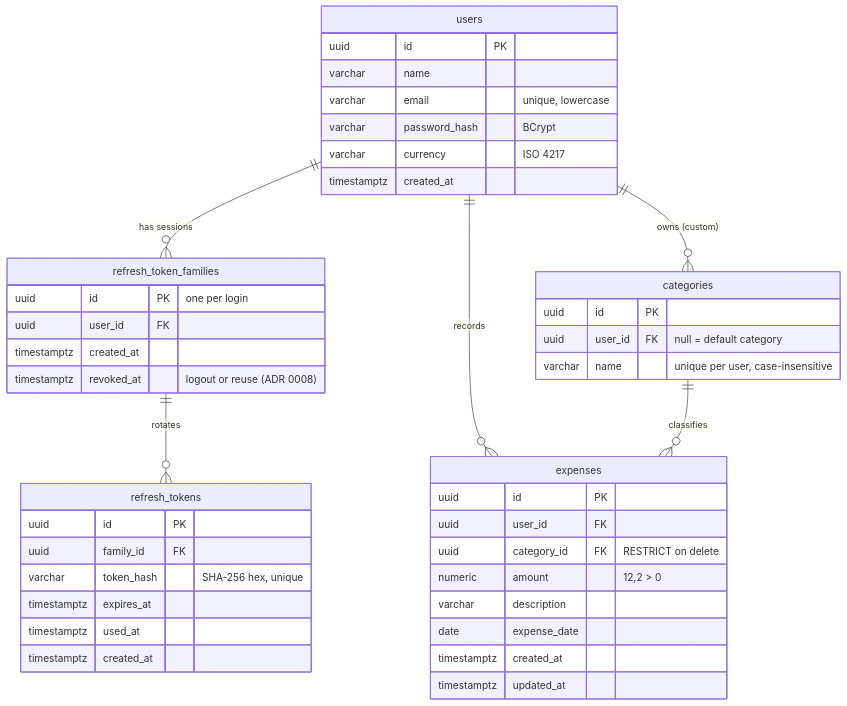
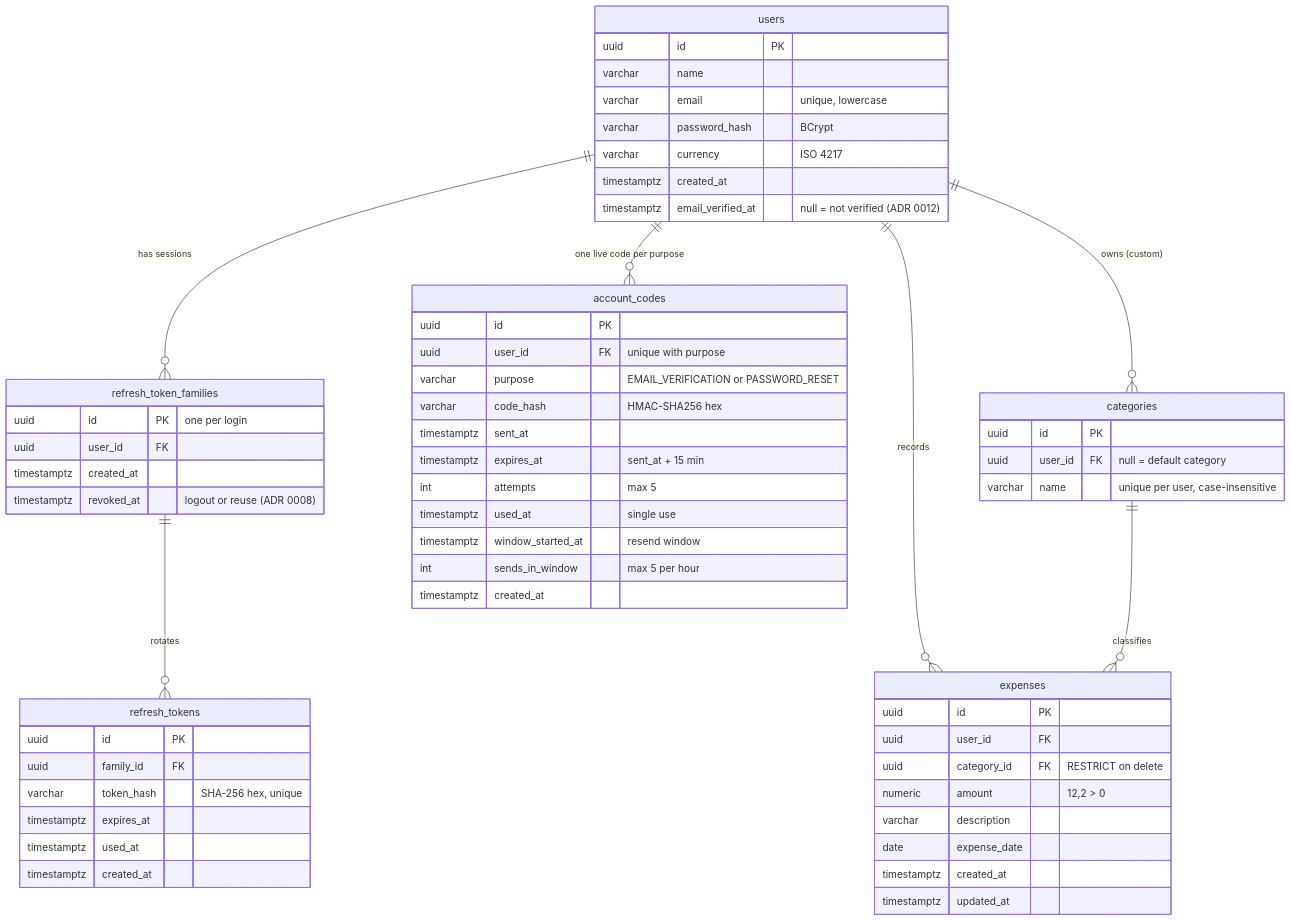
One commit to YuleHohenfeld/snapledger changed the sixth of 6 diagrams in docs/architecture.md. Above: the diagram before and after it, drawn with Mermaid. The commit also changed 10 other files, not shown here.

Commit message:
docs: add adr 0012 and 0013, account-code and email notes, update contract, architecture, roadmap and skill

````diff
--- a/docs/architecture.md
+++ b/docs/architecture.md
@@ -154,46 +154,61 @@
 ```mermaid
 erDiagram
     users ||--o{ refresh_token_families : "has sessions"
+    users ||--o{ account_codes : "one live code per purpose"
     refresh_token_families ||--o{ refresh_tokens : "rotates"
     users ||--o{ categories : "owns (custom)"
     users ||--o{ expenses : records
     categories ||--o{ expenses : classifies
 
     users {
         uuid id PK
         varchar name
         varchar email "unique, lowercase"
         varchar password_hash "BCrypt"
         varchar currency "ISO 4217"
+        timestamptz created_at
+        timestamptz email_verified_at "null = not verified (ADR 0012)"
+    }
+    account_codes {
+        uuid id PK
+        uuid user_id FK "unique with purpose"
+        varchar purpose "EMAIL_VERIFICATION or PASSWORD_RESET"
+        varchar code_hash "HMAC-SHA256 hex"
+        timestamptz sent_at
+        timestamptz expires_at "sent_at + 15 min"
+        int attempts "max 5"
+        timestamptz used_at "single use"
+        timestamptz window_started_at "resend window"
+        int sends_in_window "max 5 per hour"
         timestamptz created_at
     }
     refresh_token_families {
         uuid id PK "one per login"
         uuid user_id FK
         timestamptz created_at
         timestamptz revoked_at "logout or reuse (ADR 0008)"
     }
     refresh_tokens {
         uuid id PK
         uuid family_id FK
         varchar token_hash "SHA-256 hex, unique"
         timestamptz expires_at
         timestamptz used_at
         timestamptz created_at
     }
     categories {
         uuid id PK
         uuid user_id FK "null = default category"
         varchar name "unique per user, case-insensitive"
     }
     expenses {
         uuid id PK
         uuid user_id FK
         uuid category_id FK "RESTRICT on delete"
         numeric amount "12,2 > 0"
         varchar description
         date expense_date
         timestamptz created_at
         timestamptz updated_at
     }
 ```
````
